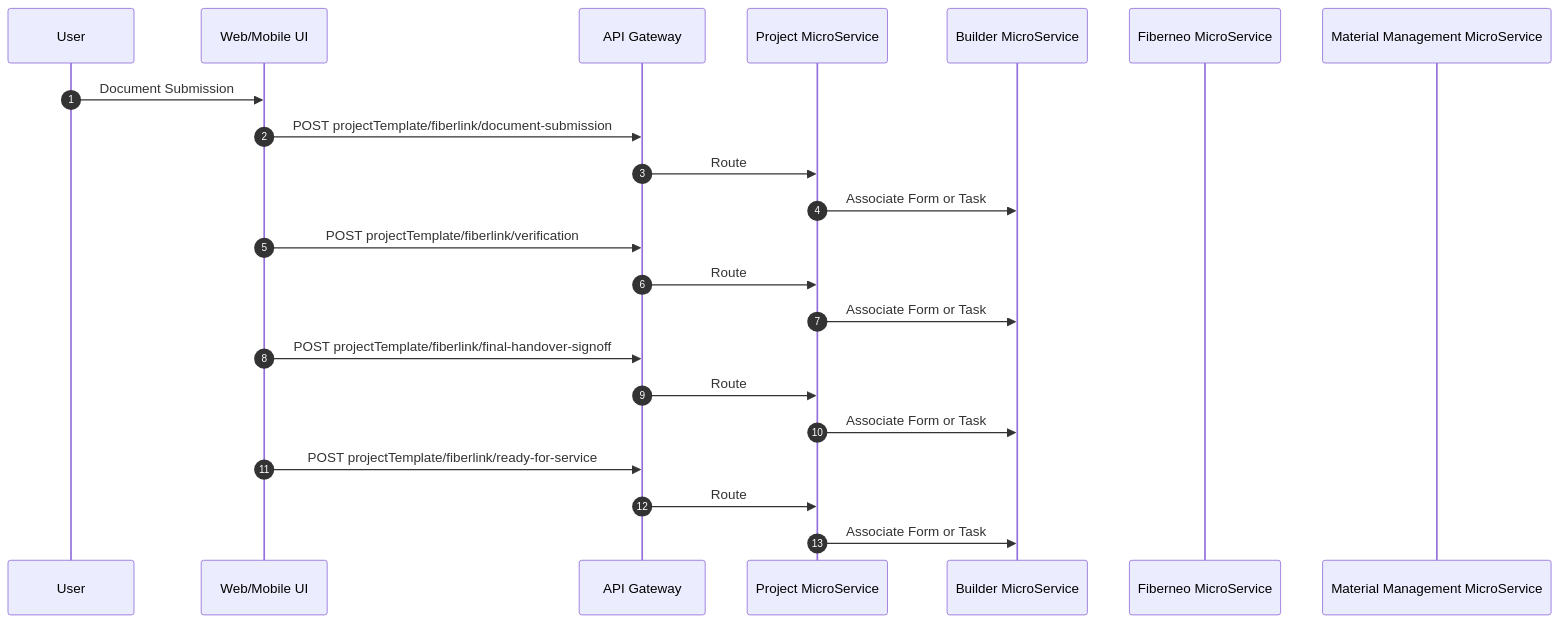
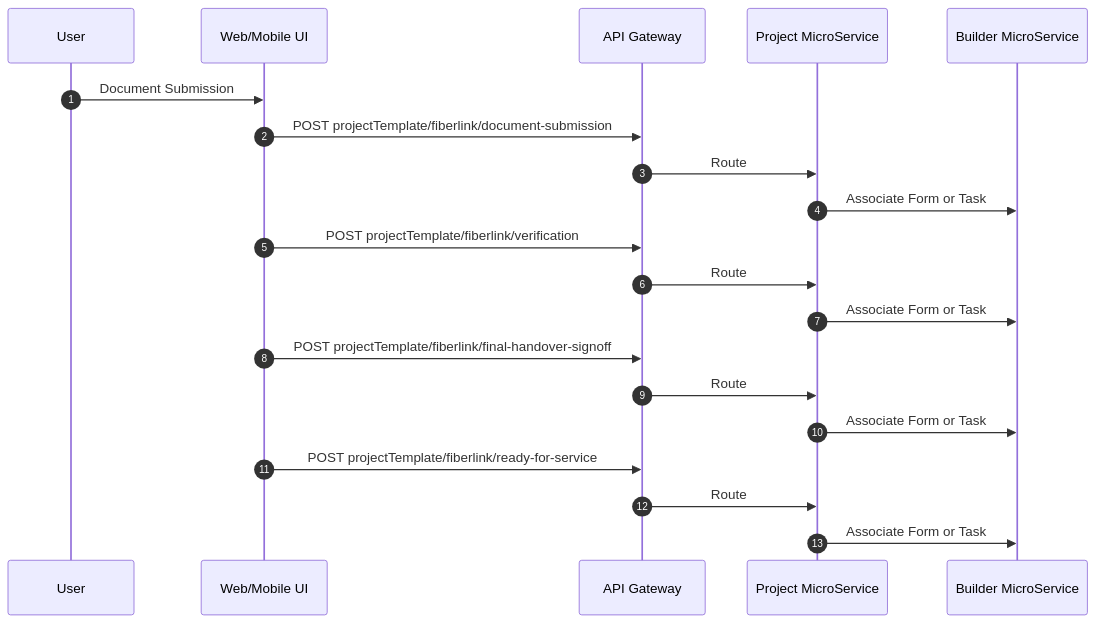
Before and after one commit to BhavikVisionGit/Fiberneo-Documents: the seventh of 13 diagrams in Fiberneo-Document/LLD/LLD.md, drawn with Mermaid. The commit also changed other lines of this file and 12 other files, not shown here.

````diff
--- a/Fiberneo-Document/LLD/LLD.md
+++ b/Fiberneo-Document/LLD/LLD.md
@@ -437,28 +434,26 @@
 ```mermaid
 sequenceDiagram
   autonumber
   participant U as User
   participant UI as Web/Mobile UI
   participant GW as API Gateway
   participant PG as Project MicroService
   participant BD as Builder MicroService
-  participant FN as Fiberneo MicroService
-  participant MM as Material Management MicroService
 
   U->>UI: Document Submission
   UI->>GW: POST projectTemplate/fiberlink/document-submission
   GW->>PG: Route
   PG->>BD: Associate Form or Task
 
   UI->>GW: POST projectTemplate/fiberlink/verification
   GW->>PG: Route
   PG->>BD: Associate Form or Task
 
   UI->>GW: POST projectTemplate/fiberlink/final-handover-signoff
   GW->>PG: Route
   PG->>BD: Associate Form or Task
 
   UI->>GW: POST projectTemplate/fiberlink/ready-for-service
   GW->>PG: Route
   PG->>BD: Associate Form or Task
 ```
````
